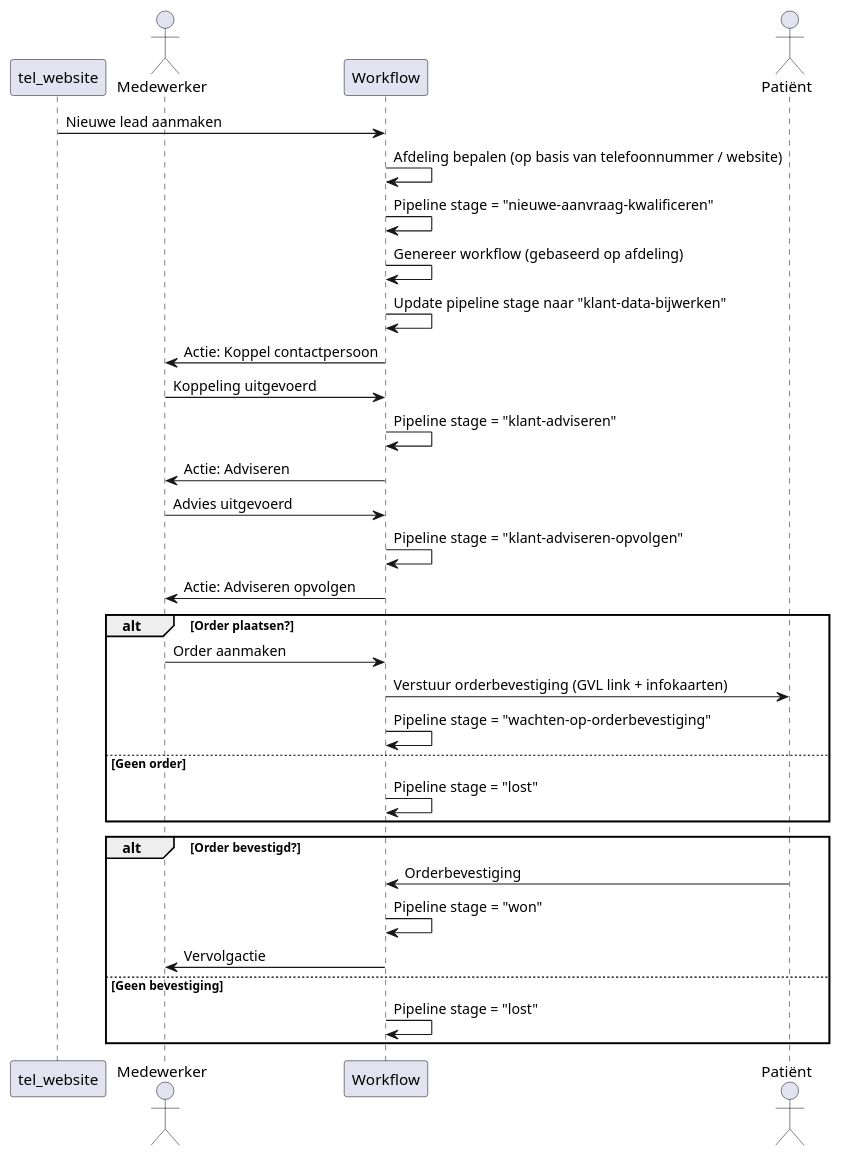
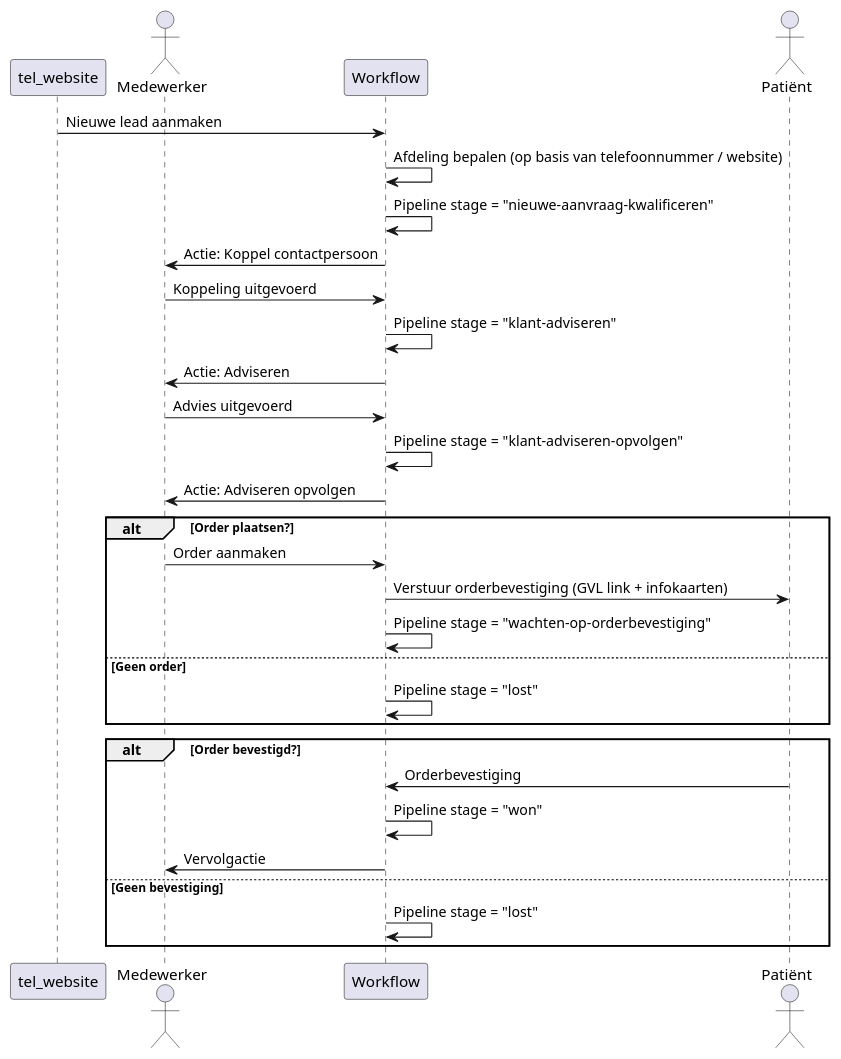
Before and after one commit to privatescanbv/krayin-laravel-crm: the third of 4 diagrams in docs/index.adoc, drawn with PlantUML. The commit also changed 7 other files, not shown here.

```diff
--- a/docs/index.adoc
+++ b/docs/index.adoc
@@ -339,41 +339,39 @@
 [plantuml, lead-lifecycle, svg]
 ....
 @startuml
 participant tel_website
 actor Medewerker
 participant Workflow
 actor Patiënt
 
 tel_website -> Workflow : Nieuwe lead aanmaken
 Workflow -> Workflow : Afdeling bepalen (op basis van telefoonnummer / website)
 Workflow -> Workflow : Pipeline stage = "nieuwe-aanvraag-kwalificeren"
-Workflow -> Workflow : Genereer workflow (gebaseerd op afdeling)
 
-Workflow -> Workflow : Update pipeline stage naar "klant-data-bijwerken"
 Workflow -> Medewerker : Actie: Koppel contactpersoon
 
 Medewerker -> Workflow : Koppeling uitgevoerd
 Workflow -> Workflow : Pipeline stage = "klant-adviseren"
 Workflow -> Medewerker : Actie: Adviseren
 
 Medewerker -> Workflow : Advies uitgevoerd
 Workflow -> Workflow : Pipeline stage = "klant-adviseren-opvolgen"
 Workflow -> Medewerker : Actie: Adviseren opvolgen
 
 alt Order plaatsen?
   Medewerker -> Workflow : Order aanmaken
   Workflow -> Patiënt : Verstuur orderbevestiging (GVL link + infokaarten)
   Workflow -> Workflow : Pipeline stage = "wachten-op-orderbevestiging"
 else Geen order
   Workflow -> Workflow : Pipeline stage = "lost"
 end
 
 alt Order bevestigd?
   Patiënt -> Workflow : Orderbevestiging
   Workflow -> Workflow : Pipeline stage = "won"
   Workflow -> Medewerker : Vervolgactie
 else Geen bevestiging
   Workflow -> Workflow : Pipeline stage = "lost"
 end
 @enduml
 ....
```
